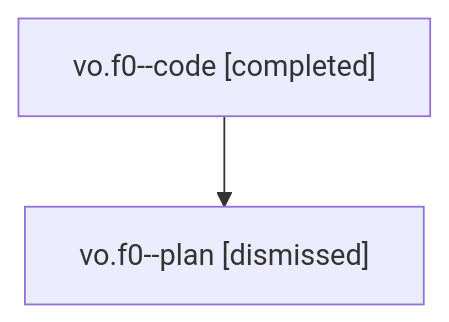
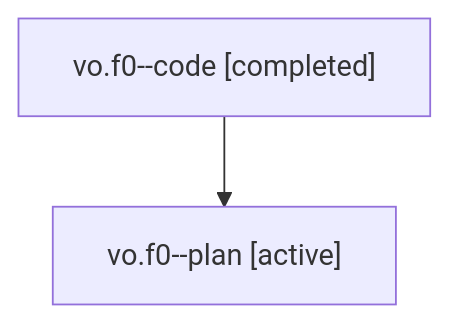
One commit to sase-org/sase--agents changed the diagram in families/bbugyi200.athena.vo.f0.md. Above: the diagram before and after it, drawn with Mermaid. The commit also changed other lines of this file and 35830 other files, not shown here.

````diff
--- a/families/bbugyi200.athena.vo.f0.md
+++ b/families/bbugyi200.athena.vo.f0.md
@@ -9,6 +9,6 @@
 ```mermaid
 flowchart TD
   n0["vo.f0--code [completed]"]
-  n1["vo.f0--plan [dismissed]"]
+  n1["vo.f0--plan [active]"]
   n0 --> n1
 ```
````
